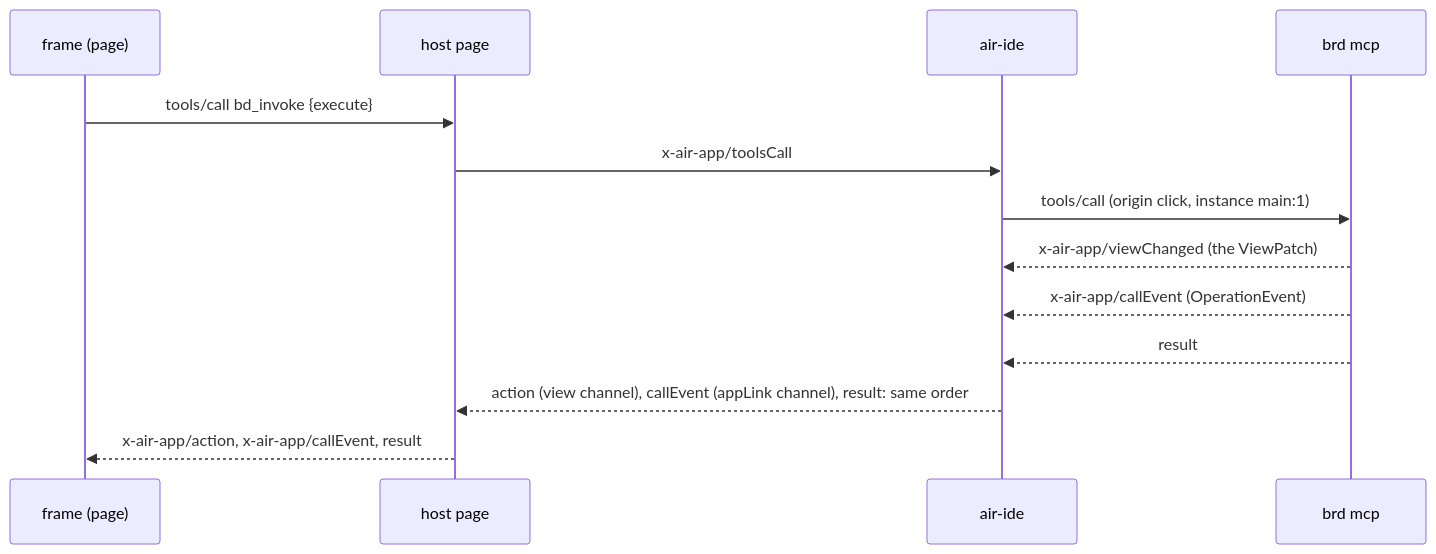
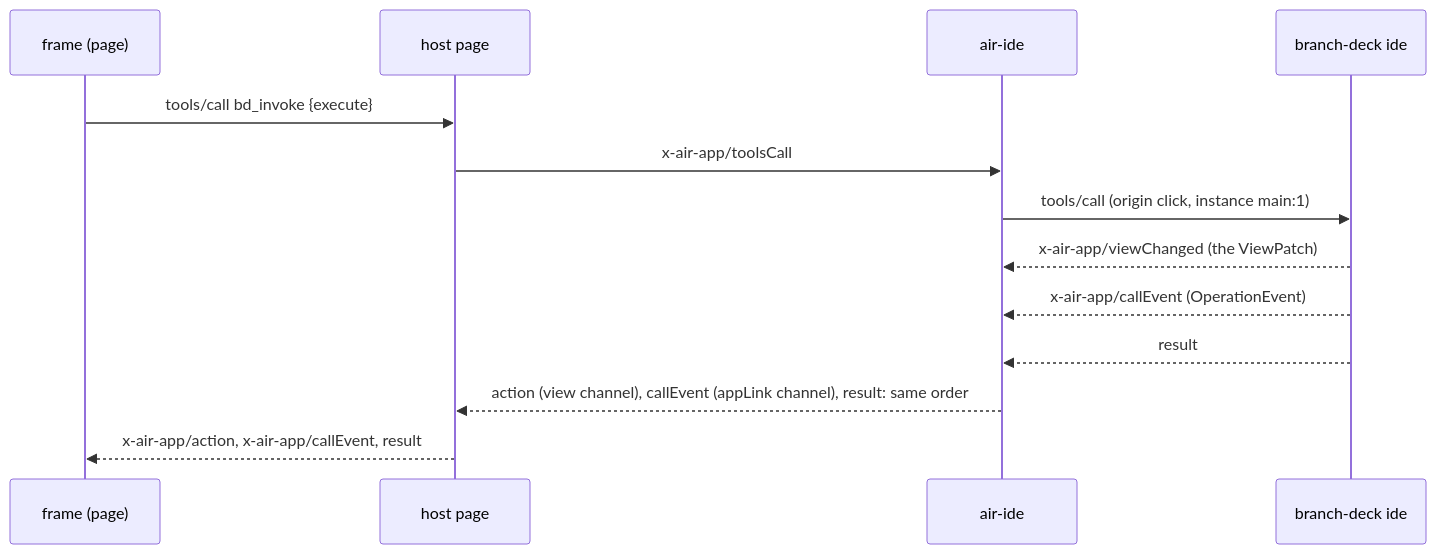
One commit to develar/branch-deck changed the second of 2 diagrams in docs/design/ide-embedding.md. Above: the diagram before and after it, drawn with Mermaid. The commit also changed other lines of this file and 77 other files, not shown here.

````diff
--- a/docs/design/ide-embedding.md
+++ b/docs/design/ide-embedding.md
@@ -79,15 +84,15 @@
 ```mermaid
 sequenceDiagram
     participant F as frame (page)
     participant H as host page
     participant A as air-ide
-    participant B as brd mcp
+    participant B as branch-deck ide
     F->>H: tools/call bd_invoke {execute}
     H->>A: x-air-app/toolsCall
     A->>B: tools/call (origin click, instance main:1)
     B-->>A: x-air-app/viewChanged (the ViewPatch)
     B-->>A: x-air-app/callEvent (OperationEvent)
     B-->>A: result
     A-->>H: action (view channel), callEvent (appLink channel), result: same order
     H-->>F: x-air-app/action, x-air-app/callEvent, result
 ```
````
